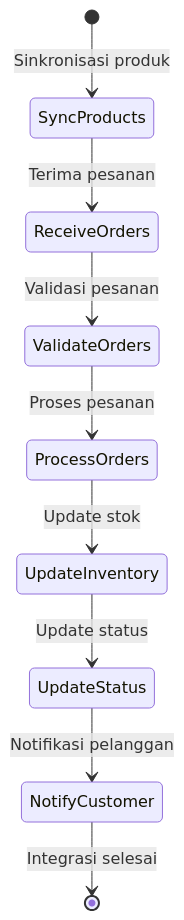
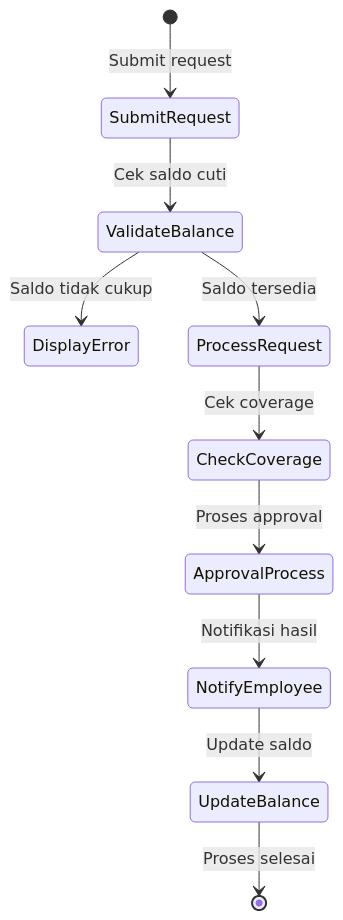
Diagram 12 of 15 in documents/activity-diagrams.md (mrfansi/DearPOS), drawn with Mermaid before and after one commit. The commit also changed other lines of this file and 3 other files, not shown here.

````diff
--- a/documents/activity-diagrams.md
+++ b/documents/activity-diagrams.md
@@ -223,11 +197,12 @@
 ```mermaid
 stateDiagram-v2
-    [*] --> SyncProducts: Sinkronisasi produk
-    SyncProducts --> ReceiveOrders: Terima pesanan
-    ReceiveOrders --> ValidateOrders: Validasi pesanan
-    ValidateOrders --> ProcessOrders: Proses pesanan
-    ProcessOrders --> UpdateInventory: Update stok
-    UpdateInventory --> UpdateStatus: Update status
-    UpdateStatus --> NotifyCustomer: Notifikasi pelanggan
-    NotifyCustomer --> [*]: Integrasi selesai
+    [*] --> SubmitRequest: Submit request
+    SubmitRequest --> ValidateBalance: Cek saldo cuti
+    ValidateBalance --> DisplayError: Saldo tidak cukup
+    ValidateBalance --> ProcessRequest: Saldo tersedia
+    ProcessRequest --> CheckCoverage: Cek coverage
+    CheckCoverage --> ApprovalProcess: Proses approval
+    ApprovalProcess --> NotifyEmployee: Notifikasi hasil
+    NotifyEmployee --> UpdateBalance: Update saldo
+    UpdateBalance --> [*]: Proses selesai
 ```
````
